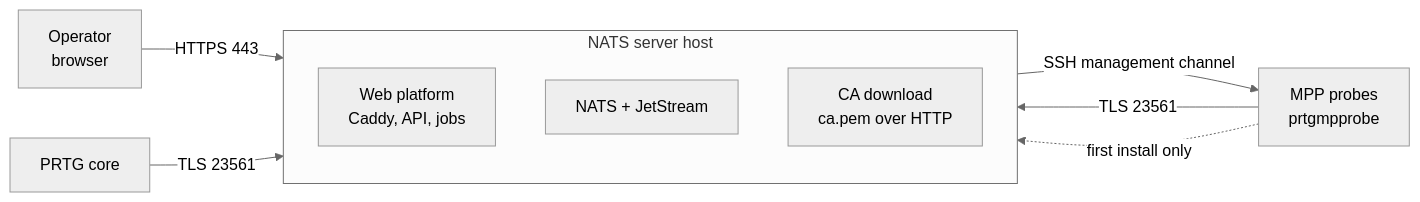
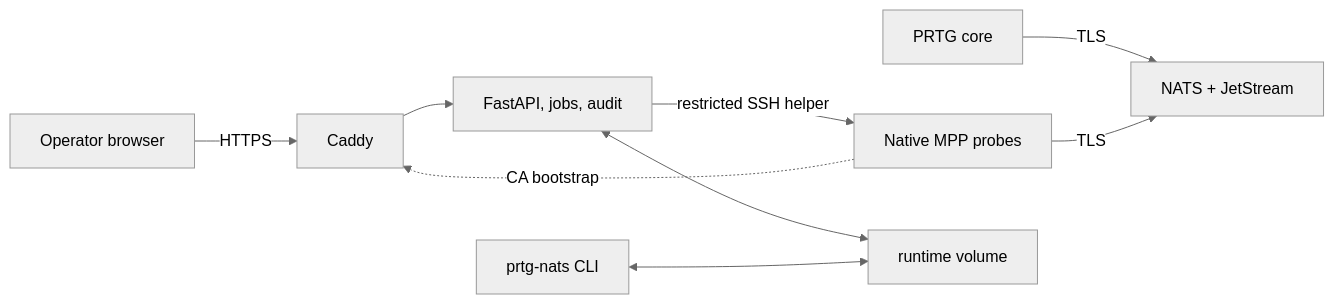
Before and after one commit to skiweg1985/prtg-nats: the diagram in README.md, drawn with Mermaid (neutral theme). The commit also changed other lines of this file and 9 other files, not shown here.

````diff
--- a/README.md
+++ b/README.md
@@ -27,14 +48,11 @@
 ```mermaid
 flowchart LR
-    subgraph Host["NATS server host"]
-        direction TB
-        Web["Web platform<br>Caddy, API, jobs"]
-        NATS["NATS + JetStream"]
-        CA["CA download<br>ca.pem over HTTP"]
-    end
-    Browser["Operator<br>browser"] -->|"HTTPS 443"| Web
-    Core["PRTG core"] -->|"TLS 23561"| NATS
-    MPP["MPP probes<br>prtgmpprobe"] -->|"TLS 23561"| NATS
-    MPP -.->|"first install only"| CA
-    Web -->|"SSH management channel"| MPP
+    Browser["Operator browser"] -->|"HTTPS"| Proxy["Caddy"]
+    Proxy --> API["FastAPI, jobs, audit"]
+    Core["PRTG core"] -->|"TLS"| NATS["NATS + JetStream"]
+    Probes["Native MPP probes"] -->|"TLS"| NATS
+    Probes -.->|"CA bootstrap"| Proxy
+    API -->|"restricted SSH helper"| Probes
+    API <--> Runtime["runtime volume"]
+    CLI["prtg-nats CLI"] <--> Runtime
 ```
````
